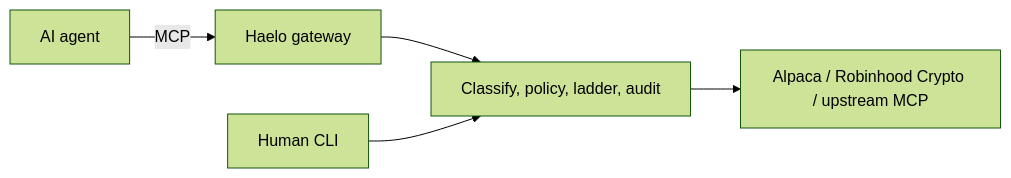
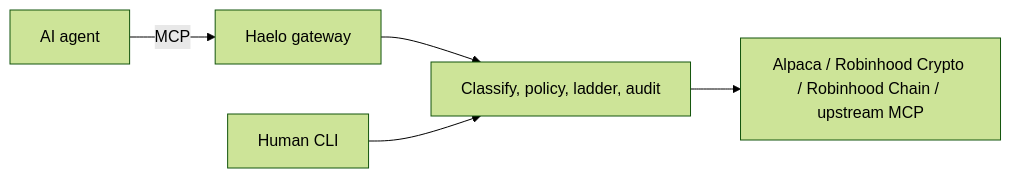
The second of 2 diagrams in README.md (HaeloBot/Haelo), drawn with Mermaid (forest theme) before and after one commit. The commit also changed other lines of this file and 29 other files, not shown here.

First line of the commit message:
Add Robinhood Chain swaps through Uniswap v3

````diff
--- a/README.md
+++ b/README.md
@@ -99,7 +99,7 @@
 ```mermaid
 flowchart LR
   A[AI agent] -- MCP --> G[Haelo gateway]
   G --> C[Classify, policy, ladder, audit]
-  C --> B[Alpaca / Robinhood Crypto / upstream MCP]
+  C --> B[Alpaca / Robinhood Crypto / Robinhood Chain / upstream MCP]
   H[Human CLI] --> C
 ```
````
